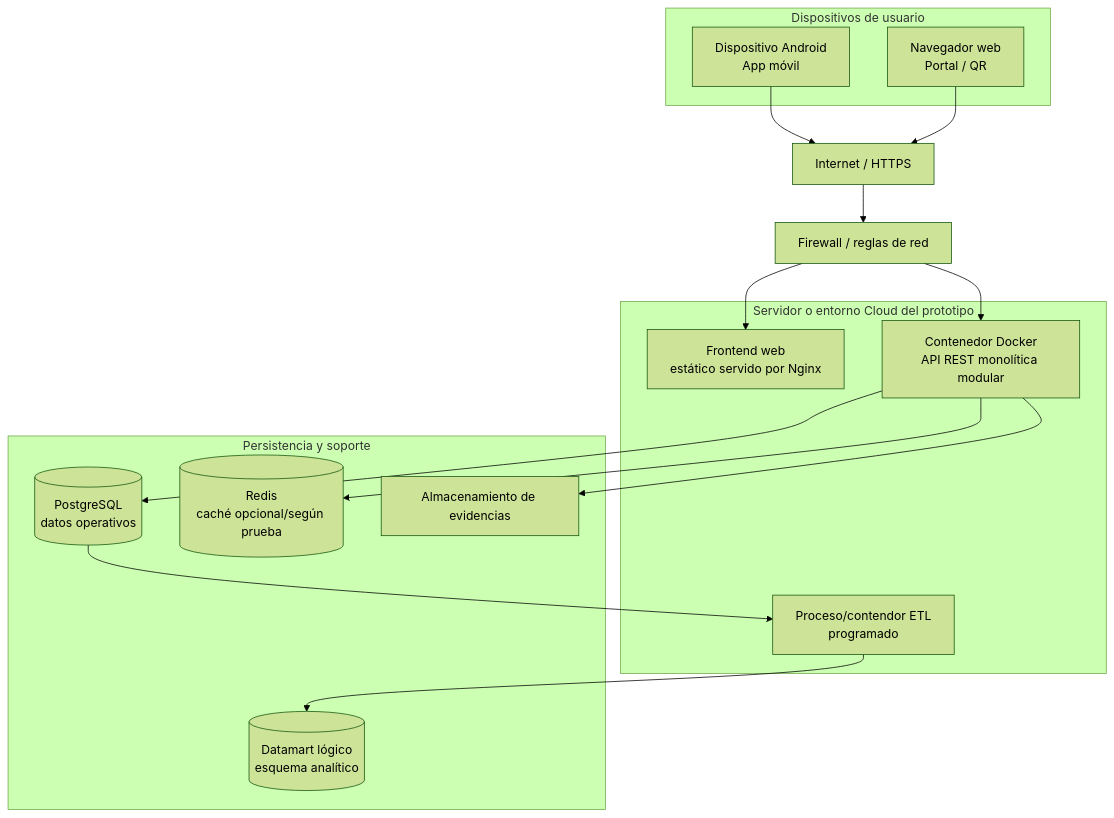
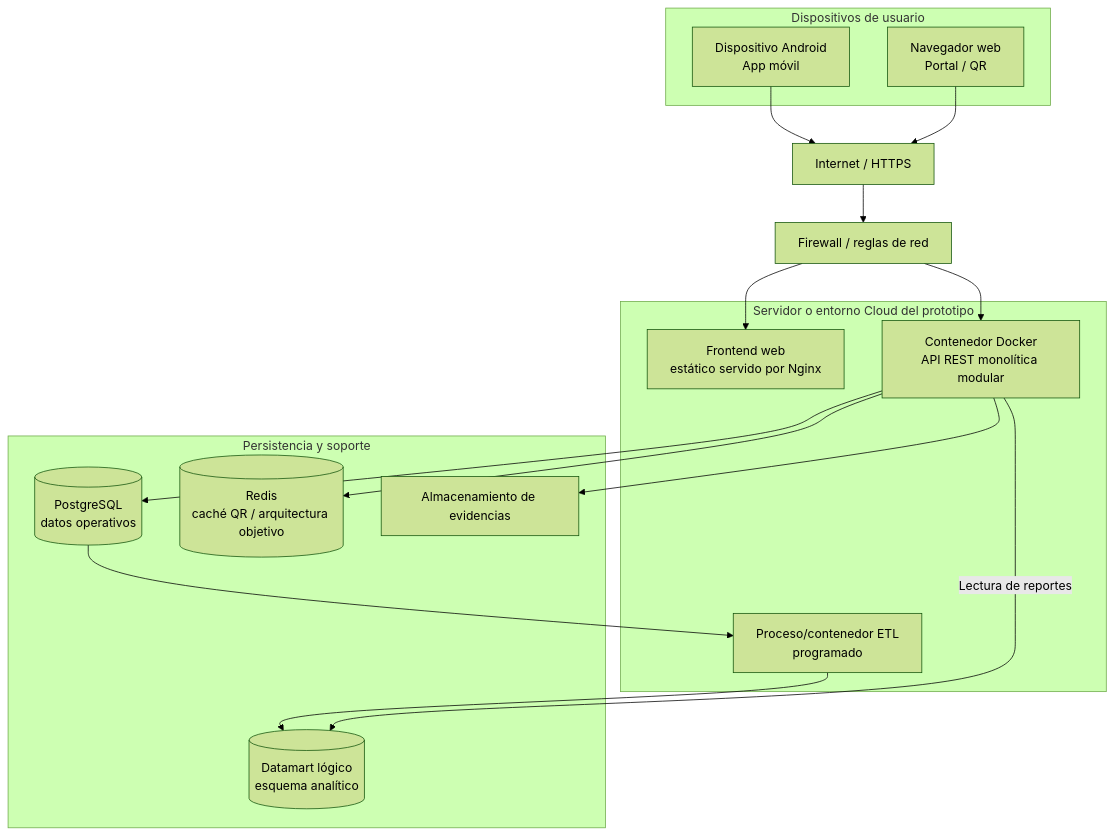
Before and after one commit to carlosgaraundo27-svg/Trazabilidad-Agricola-Arquitectura: the diagram in docs/02-arquitectura/05-arquitectura-tecnica-despliegue.md, drawn with Mermaid (forest theme). The commit also changed other lines of this file and 4 other files, not shown here.

```diff
--- a/docs/02-arquitectura/05-arquitectura-tecnica-despliegue.md
+++ b/docs/02-arquitectura/05-arquitectura-tecnica-despliegue.md
@@ -11,34 +11,35 @@
 ~~~mermaid
 flowchart TB
     subgraph USERS["Dispositivos de usuario"]
       ANDROID["Dispositivo Android<br/>App móvil"]
       BROWSER["Navegador web<br/>Portal / QR"]
     end
 
     INTERNET["Internet / HTTPS"]
     FW["Firewall / reglas de red"]
 
     subgraph HOST["Servidor o entorno Cloud del prototipo"]
       WEB["Frontend web<br/>estático servido por Nginx"]
       API["Contenedor Docker<br/>API REST monolítica modular"]
-      WORKER["Proceso/contendor ETL<br/>programado"]
+      WORKER["Proceso/contenedor ETL<br/>programado"]
     end
 
     subgraph DATA["Persistencia y soporte"]
       PG[("PostgreSQL<br/>datos operativos")]
-      REDIS[("Redis<br/>caché opcional/según prueba")]
+      REDIS[("Redis<br/>caché QR / arquitectura objetivo")]
       DM[("Datamart lógico<br/>esquema analítico")]
       FILES["Almacenamiento de evidencias"]
     end
 
     ANDROID --> INTERNET
     BROWSER --> INTERNET
     INTERNET --> FW
     FW --> WEB
     FW --> API
     API --> PG
     API --> REDIS
     API --> FILES
     PG --> WORKER
     WORKER --> DM
+    API -->|"Lectura de reportes"| DM
 ~~~
```
